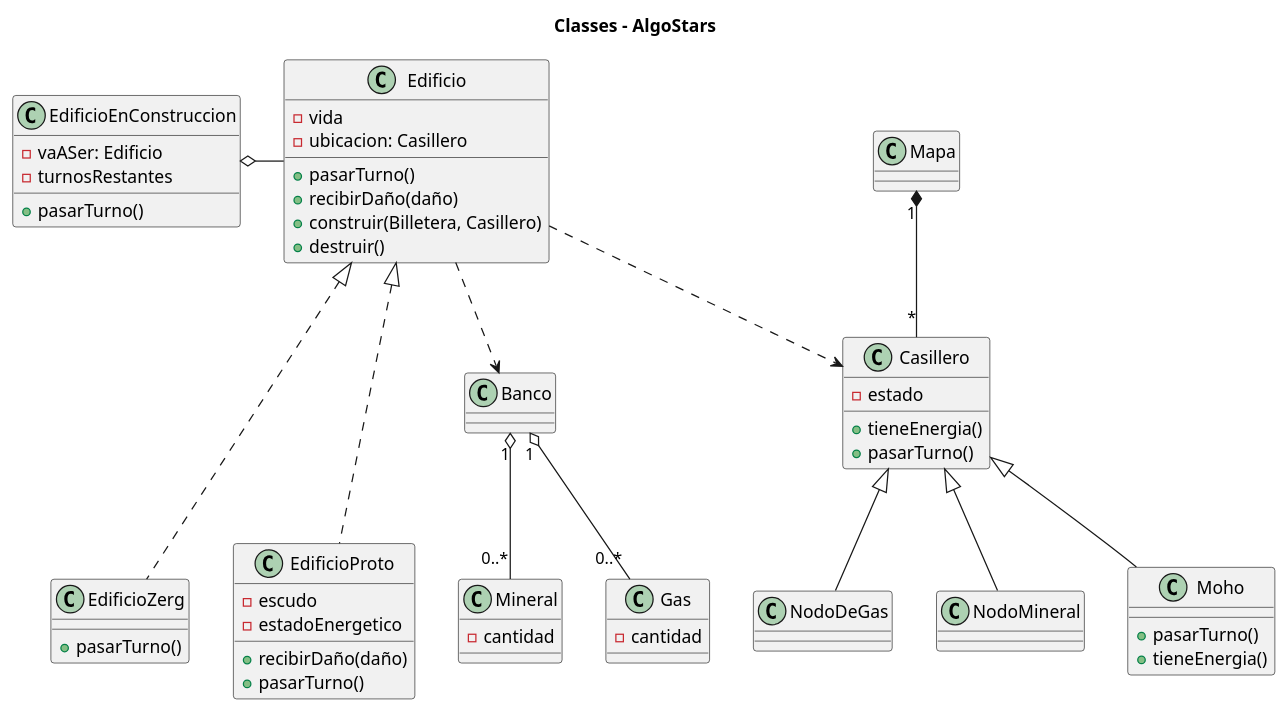
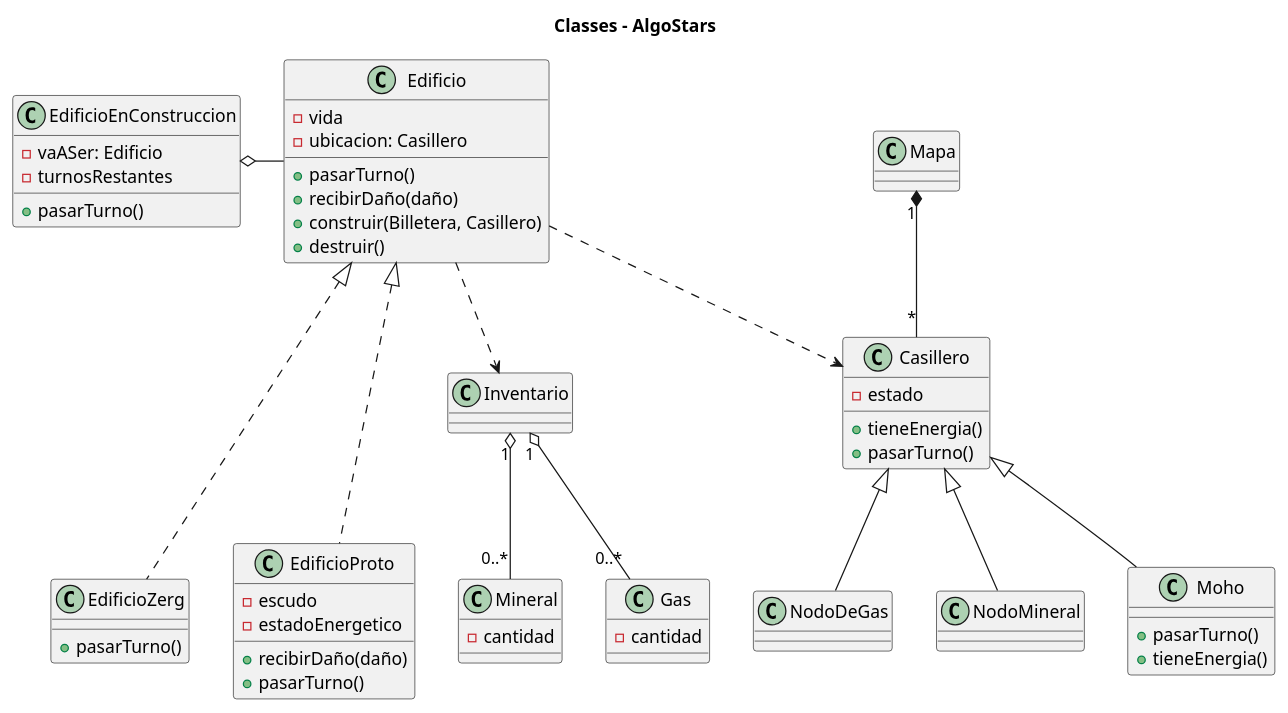
Before and after one commit to m-cabrerar/AlgoStar: the diagram in diagrams/classes/edificio.plantuml, drawn with PlantUML. The commit also changed 15 other files, not shown here.

Commit message:
Banco pasa a ser Inventario

```diff
--- a/diagrams/classes/edificio.plantuml
+++ b/diagrams/classes/edificio.plantuml
@@ -1,84 +1,84 @@
 @startuml
 title Classes - AlgoStars
 
 class Edificio {
     -vida
     -ubicacion: Casillero
     + pasarTurno()
     + recibirDaño(daño)
     + construir(Billetera, Casillero)
     + destruir()
 }
 
 
 class EdificioEnConstruccion {
     - vaASer: Edificio
     - turnosRestantes
     + pasarTurno()
 }
 
 class EdificioProto {
     - escudo
     - estadoEnergetico
     + recibirDaño(daño)
     + pasarTurno()
     '+ estaActivo()'
 }
 
 class EdificioZerg {
     + pasarTurno()
 }
 
 
 Edificio <|... EdificioProto
 Edificio <|... EdificioZerg
 EdificioEnConstruccion o- Edificio
 
 
 class Casillero {
     + tieneEnergia()
     + pasarTurno()
     - estado
 }
 
 class Mineral {
     - cantidad
 }
 class Gas {
     - cantidad
 }
 
 class Moho {
     + pasarTurno()
     + tieneEnergia()
 }
 
 
 /'
 class Criadero {
  + engendrarZangano()
  - sacarLarva()
  + pasarTurno()
  - regenerarLarva()
 }
 class Larva {
 }
 class Zangano{
  + transformar(Larva)
 }
 Larva <.. Zangano
 Criadero o-- Larva
 '/
 
 Casillero <|-- NodoDeGas
 Casillero <|-- Moho
 Casillero <|-- NodoMineral
 
-Banco "1" o-- "0..*" Gas
-Banco "1" o-- "0..*" Mineral
+Inventario "1" o-- "0..*" Gas
+Inventario "1" o-- "0..*" Mineral
 
 Mapa "1" *-- "*" Casillero
 
-Edificio ..> Banco
+Edificio ..> Inventario
 Edificio ..> Casillero
 @enduml
```
